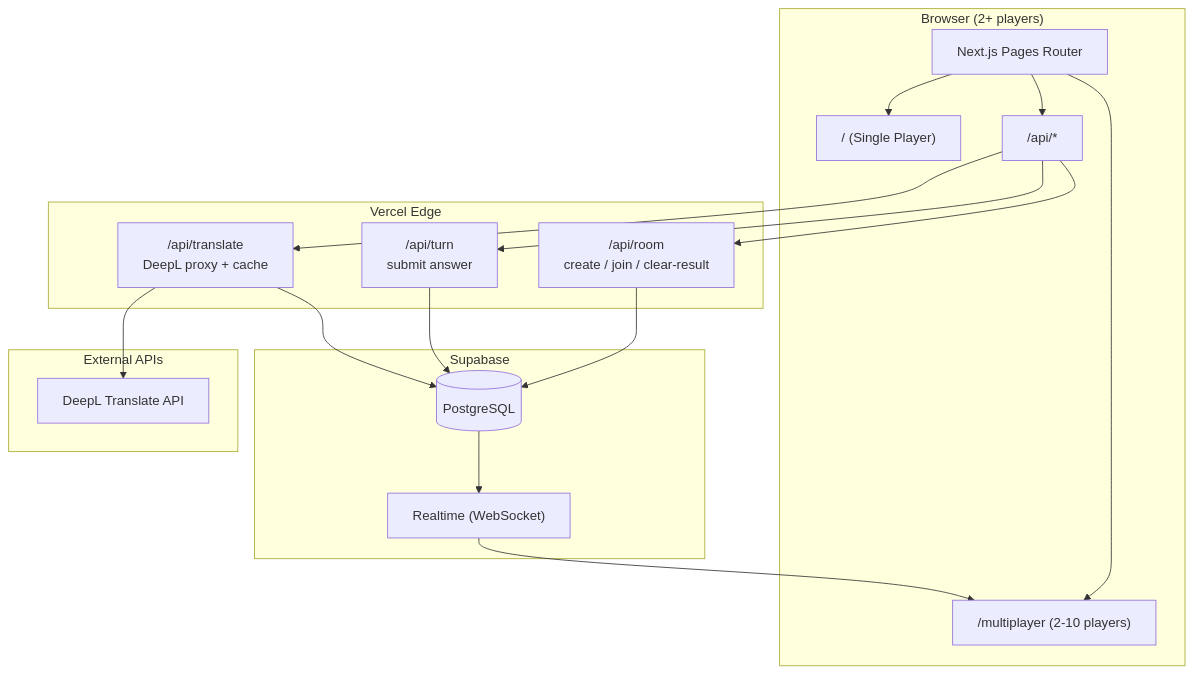
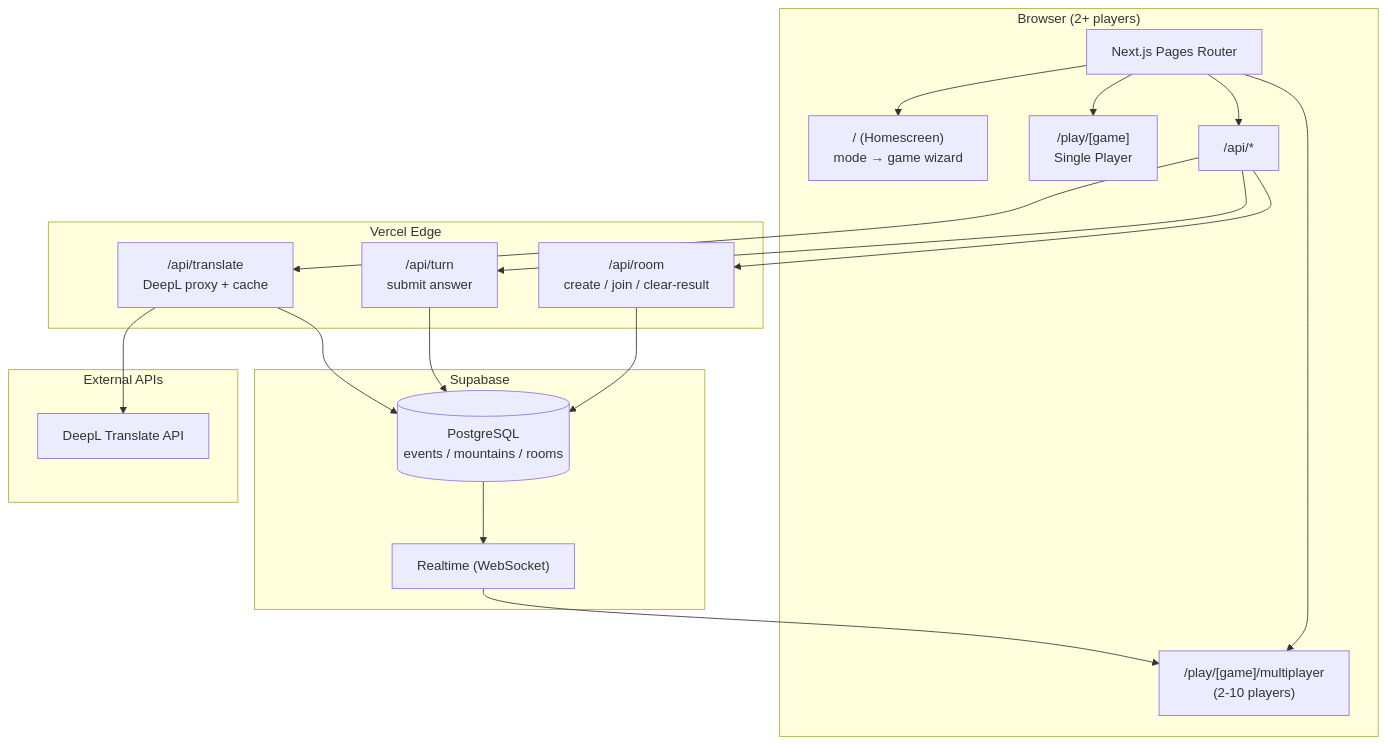
Before and after one commit to prokopHouda/history_game: the first of 7 diagrams in docs/architecture.md, drawn with Mermaid. The commit also changed other lines of this file and 38 other files, not shown here.

First line of the commit message:
feat: multi-game platform with mountains game (history + mountains)

````diff
--- a/docs/architecture.md
+++ b/docs/architecture.md
@@ -5,31 +5,32 @@
 ```mermaid
 flowchart TB
     subgraph Client["Browser (2+ players)"]
         A["Next.js Pages Router"]
-        A --> SP["/ (Single Player)"]
-        A --> MP["/multiplayer (2-10 players)"]
+        A --> HOME["/ (Homescreen)<br/>mode → game wizard"]
+        A --> SP["/play/[game]<br/>Single Player"]
+        A --> MP["/play/[game]/multiplayer<br/>(2-10 players)"]
         A --> API["/api/*"]
     end
 
     subgraph Vercel["Vercel Edge"]
         API --> R["/api/room<br/>create / join / clear-result"]
         API --> T["/api/turn<br/>submit answer"]
         API --> X["/api/translate<br/>DeepL proxy + cache"]
     end
 
     subgraph Supabase["Supabase"]
-        DB[("PostgreSQL")]
+        DB[("PostgreSQL<br/>events / mountains / rooms")]
         RL["Realtime (WebSocket)"]
         DB --> RL
     end
 
     subgraph External["External APIs"]
         D["DeepL Translate API"]
     end
 
     R --> DB
     T --> DB
     X --> DB
     X --> D
     RL --> MP
 ```
````
